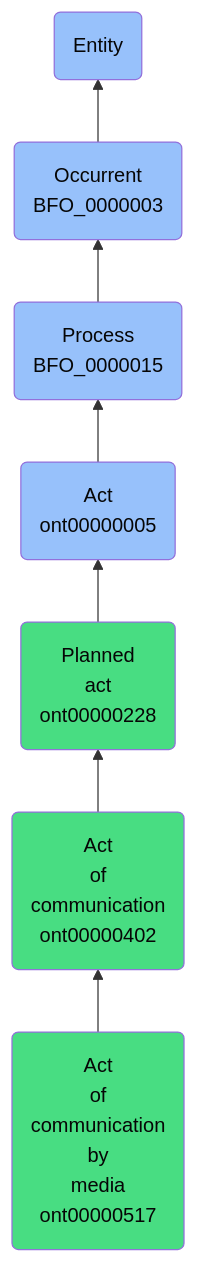
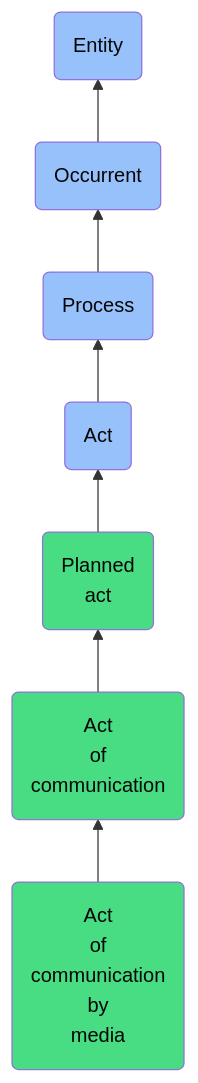
Before and after one commit to jupyter-naas/abi: the diagram in docs/ontology/reference/model/Entity/Occurrent/Process/Act/Planned act/Act of communication/Act of communication by media/Act of communication by media.md, drawn with Mermaid. The commit also changed other lines of this file and 1430 other files, not shown here.

````diff
--- a/docs/ontology/reference/model/Entity/Occurrent/Process/Act/Planned act/Act of communication/Act of communication by media/Act of communication by media.md
+++ b/docs/ontology/reference/model/Entity/Occurrent/Process/Act/Planned act/Act of communication/Act of communication by media/Act of communication by media.md
@@ -24,14 +24,14 @@
 ```mermaid
 graph BT
-    ont00000517(Act<br>of<br>communication<br>by<br>media<br>ont00000517):::ABI-->ont00000402
-    ont00000402(Act<br>of<br>communication<br>ont00000402):::ABI-->ont00000228
-    ont00000228(Planned<br>act<br>ont00000228):::ABI-->ont00000005
-    ont00000005(Act<br>ont00000005):::BFO-->BFO_0000015
-    BFO_0000015(Process<br>BFO_0000015):::BFO-->BFO_0000003
-    BFO_0000003(Occurrent<br>BFO_0000003):::BFO-->BFO_0000001
+    ont00000517(Act<br>of<br>communication<br>by<br>media):::ABI-->ont00000402
+    ont00000402(Act<br>of<br>communication):::ABI-->ont00000228
+    ont00000228(Planned<br>act):::ABI-->ont00000005
+    ont00000005(Act):::BFO-->BFO_0000015
+    BFO_0000015(Process):::BFO-->BFO_0000003
+    BFO_0000003(Occurrent):::BFO-->BFO_0000001
     BFO_0000001(Entity):::BFO
     
     classDef BFO fill:#97c1fb,color:#060606
     classDef CCO fill:#e4c51e,color:#060606
     classDef ABI fill:#48DD82,color:#060606
 ```
````
